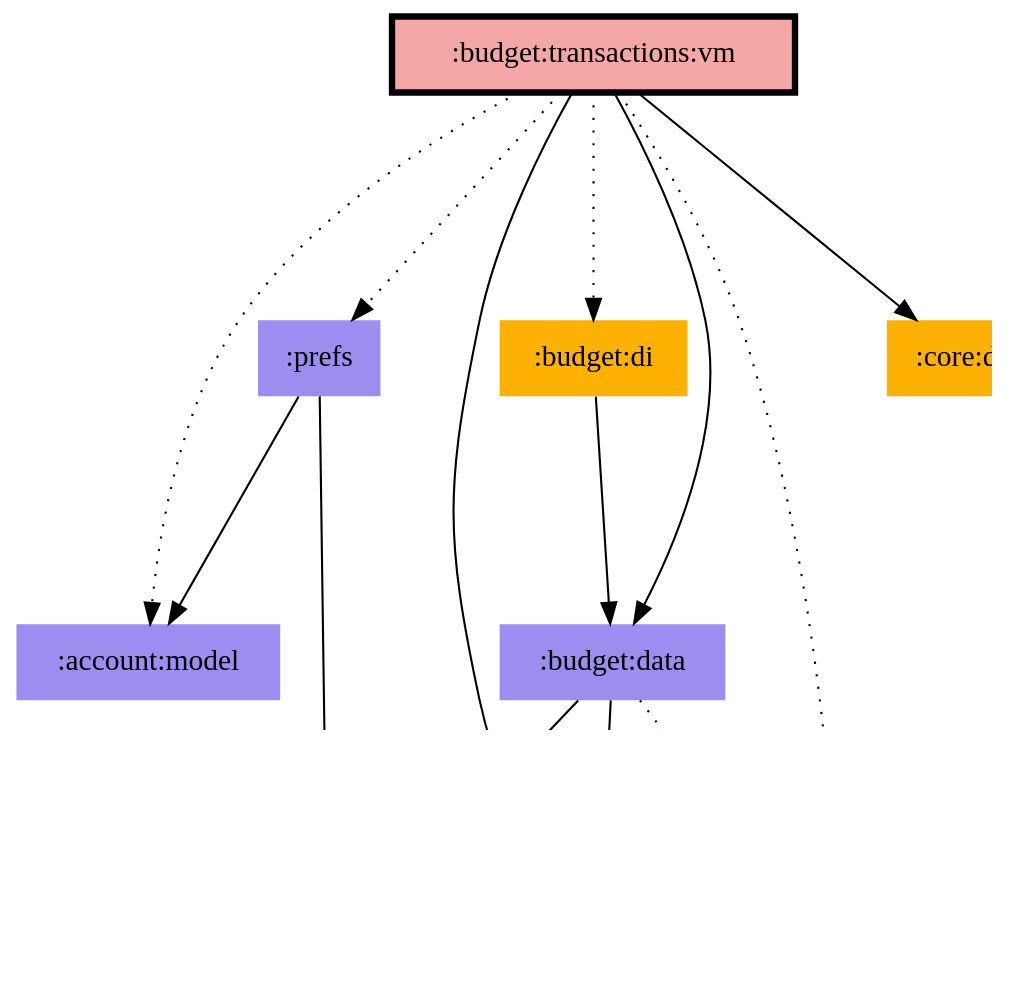
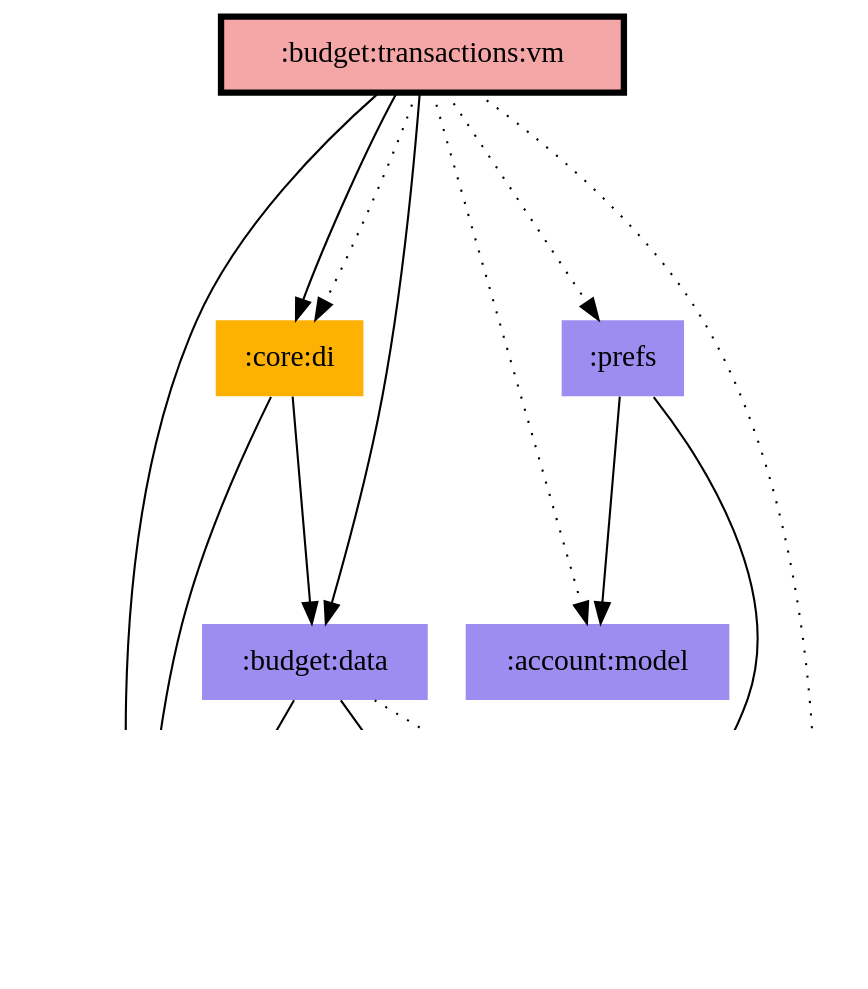
Before and after one commit to jonapoul/aktual: the diagram in modules/budget/transactions/vm/modules.dot, drawn with Graphviz. The commit also changed 101 other files, not shown here.

Commit message:
budget:di -> core:di

```diff
--- a/modules/budget/transactions/vm/modules.dot
+++ b/modules/budget/transactions/vm/modules.dot
@@ -1,27 +1,27 @@
 digraph {
 edge ["dir"="forward"]
 graph ["dpi"="100","fontsize"="30","ranksep"="1.5","rankdir"="TB"]
 node ["style"="filled"]
 ":account:model" ["fillcolor"="#9D8DF1","shape"="none"]
 ":budget:data" ["fillcolor"="#9D8DF1","shape"="none"]
-":budget:di" ["fillcolor"="#FCB103","shape"="none"]
 ":budget:model" ["fillcolor"="#9D8DF1","shape"="none"]
 ":budget:transactions:vm" ["fillcolor"="#F5A6A6","color"="black","penwidth"="3","shape"="box"]
 ":core:di" ["fillcolor"="#FCB103","shape"="none"]
 ":core:model" ["fillcolor"="#9D8DF1","shape"="none"]
 ":logging" ["fillcolor"="#9D8DF1","shape"="none"]
 ":prefs" ["fillcolor"="#9D8DF1","shape"="none"]
 ":budget:data" -> ":budget:model"
 ":budget:data" -> ":core:model"
 ":budget:data" -> ":logging" ["style"="dotted"]
-":budget:di" -> ":budget:data"
 ":budget:transactions:vm" -> ":account:model" ["style"="dotted"]
 ":budget:transactions:vm" -> ":budget:data"
-":budget:transactions:vm" -> ":budget:di" ["style"="dotted"]
 ":budget:transactions:vm" -> ":budget:model"
 ":budget:transactions:vm" -> ":core:di"
+":budget:transactions:vm" -> ":core:di" ["style"="dotted"]
 ":budget:transactions:vm" -> ":logging" ["style"="dotted"]
 ":budget:transactions:vm" -> ":prefs" ["style"="dotted"]
+":core:di" -> ":budget:data"
+":core:di" -> ":budget:model"
 ":prefs" -> ":account:model"
 ":prefs" -> ":core:model"
 }
```
